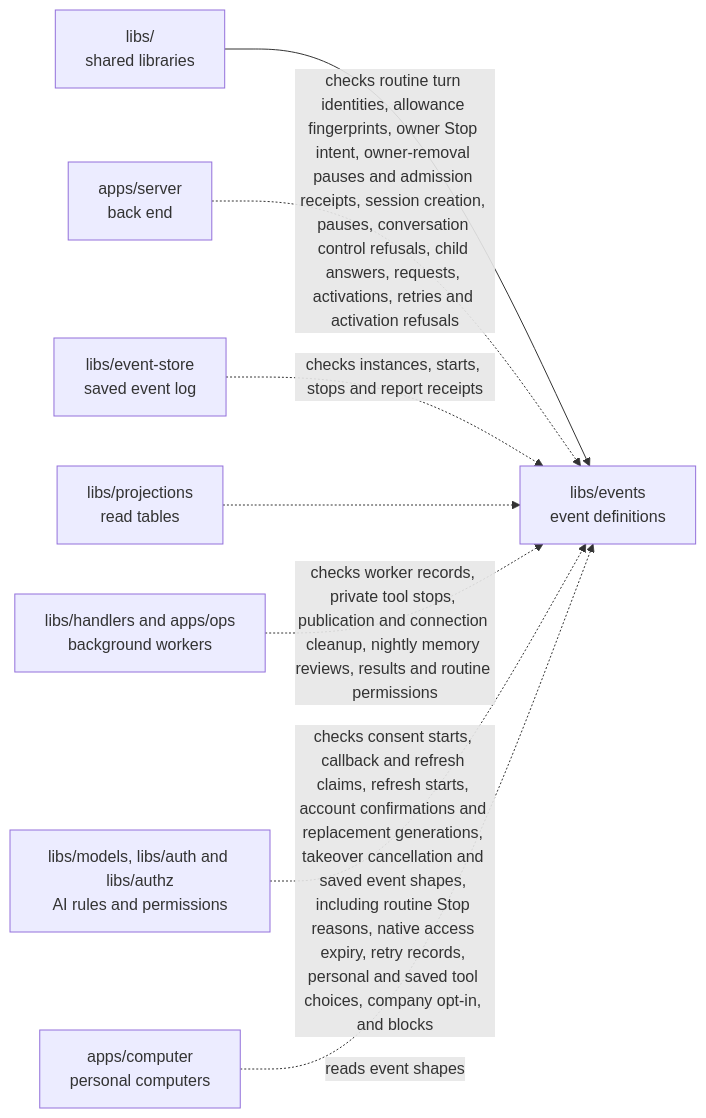
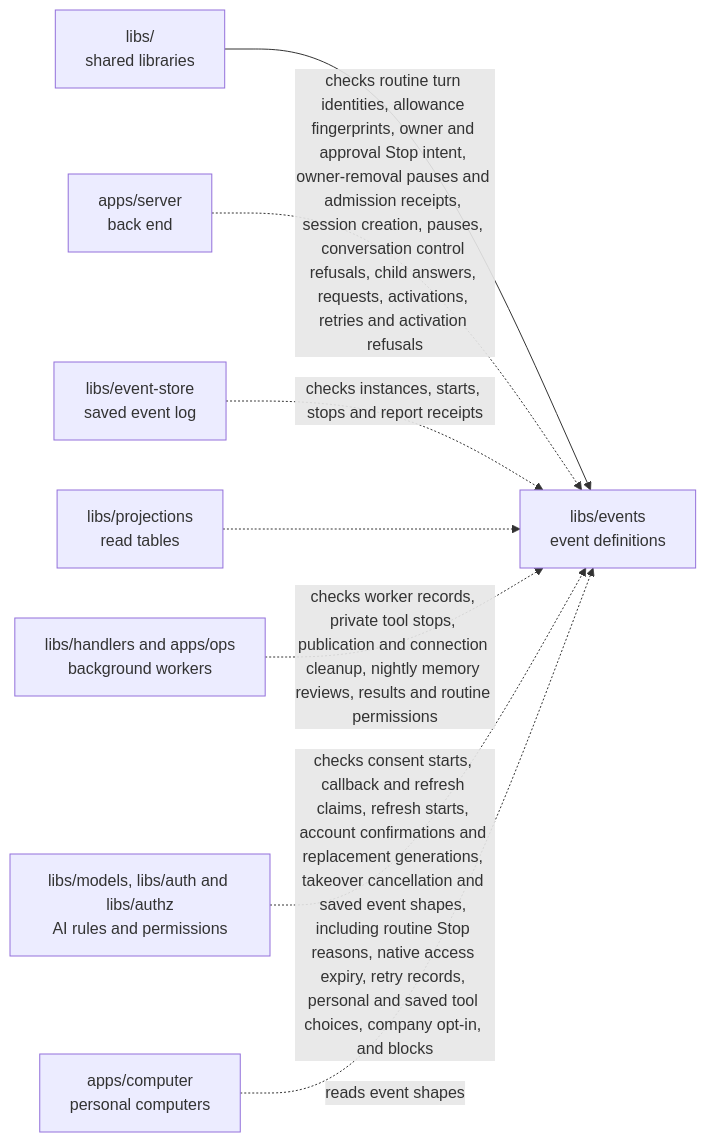
One commit to elewa-git/opencrane-new changed the diagram in libs/events/README.md. Above: the diagram before and after it, drawn with Mermaid. The commit also changed other lines of this file and 16 other files, not shown here.

````diff
--- a/libs/events/README.md
+++ b/libs/events/README.md
@@ -39,10 +41,10 @@
 ```mermaid
 flowchart LR
   parent["libs/<br/>shared libraries"] --> events["libs/events<br/>event definitions"]
-  server["apps/server<br/>back end"] -.->|checks routine turn identities, allowance fingerprints, owner Stop intent, owner-removal pauses and admission receipts, session creation, pauses, conversation control refusals, child answers, requests, activations, retries and activation refusals| events
+  server["apps/server<br/>back end"] -.->|checks routine turn identities, allowance fingerprints, owner and approval Stop intent, owner-removal pauses and admission receipts, session creation, pauses, conversation control refusals, child answers, requests, activations, retries and activation refusals| events
   store["libs/event-store<br/>saved event log"] -.->|checks instances, starts, stops and report receipts| events
   projections["libs/projections<br/>read tables"] -.-> events
   workers["libs/handlers and apps/ops<br/>background workers"] -.->|checks worker records, private tool stops, publication and connection cleanup, nightly memory reviews, results and routine permissions| events
   models["libs/models, libs/auth and libs/authz<br/>AI rules and permissions"] -.->|checks consent starts, callback and refresh claims, refresh starts, account confirmations and replacement generations, takeover cancellation and saved event shapes, including routine Stop reasons, native access expiry, retry records, personal and saved tool choices, company opt-in, and blocks| events
   computer["apps/computer<br/>personal computers"] -.->|reads event shapes| events
 ```
````
